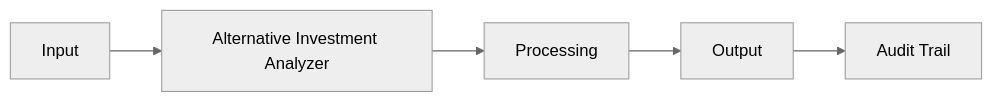
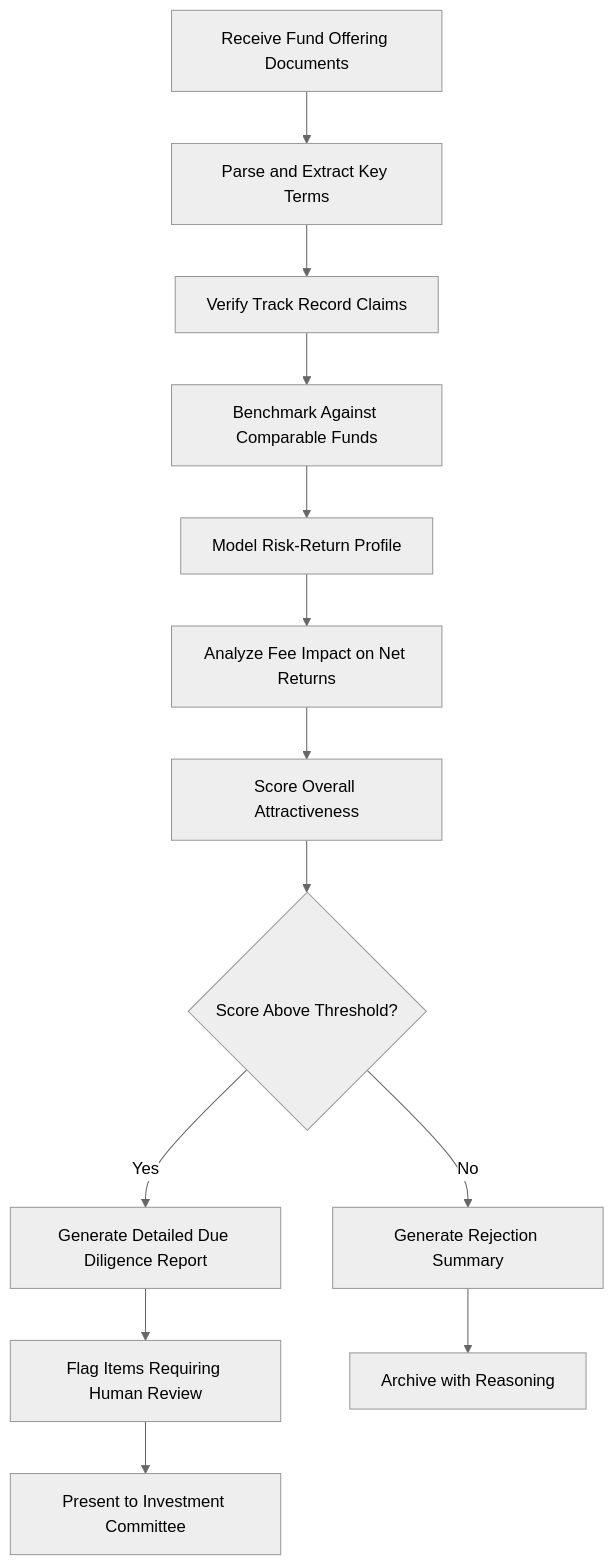
Before and after one commit to andrew-leo-2024/marketplace-docs: the diagram in docs/audiences/06-family-offices/alternative-investment-analyzer.mdx, drawn with Mermaid (neutral theme). The commit also changed other lines of this file and 401 other files, not shown here.

````diff
--- a/docs/audiences/06-family-offices/alternative-investment-analyzer.mdx
+++ b/docs/audiences/06-family-offices/alternative-investment-analyzer.mdx
@@ -29,7 +35,15 @@
 ```mermaid
-graph LR
-    A[Input] --> B[Alternative Investment Analyzer]
-    B --> C[Processing]
-    C --> D[Output]
-    D --> E[Audit Trail]
+graph TD
+    A[Receive Fund Offering Documents] --> B[Parse and Extract Key Terms]
+    B --> C[Verify Track Record Claims]
+    C --> D[Benchmark Against Comparable Funds]
+    D --> E[Model Risk-Return Profile]
+    E --> F[Analyze Fee Impact on Net Returns]
+    F --> G[Score Overall Attractiveness]
+    G --> H{Score Above Threshold?}
+    H -->|Yes| I[Generate Detailed Due Diligence Report]
+    H -->|No| J[Generate Rejection Summary]
+    I --> K[Flag Items Requiring Human Review]
+    K --> L[Present to Investment Committee]
+    J --> M[Archive with Reasoning]
 ```
````
